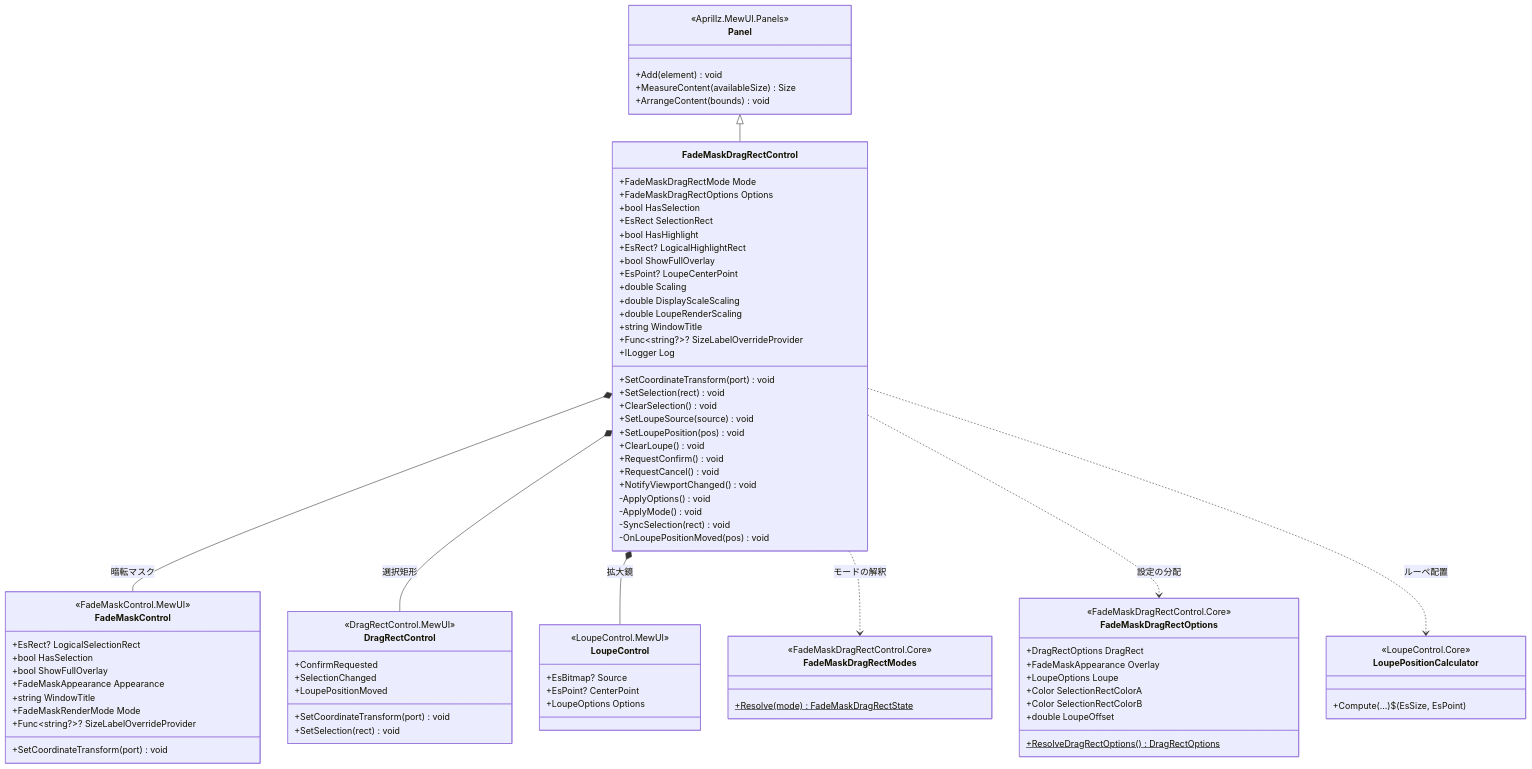
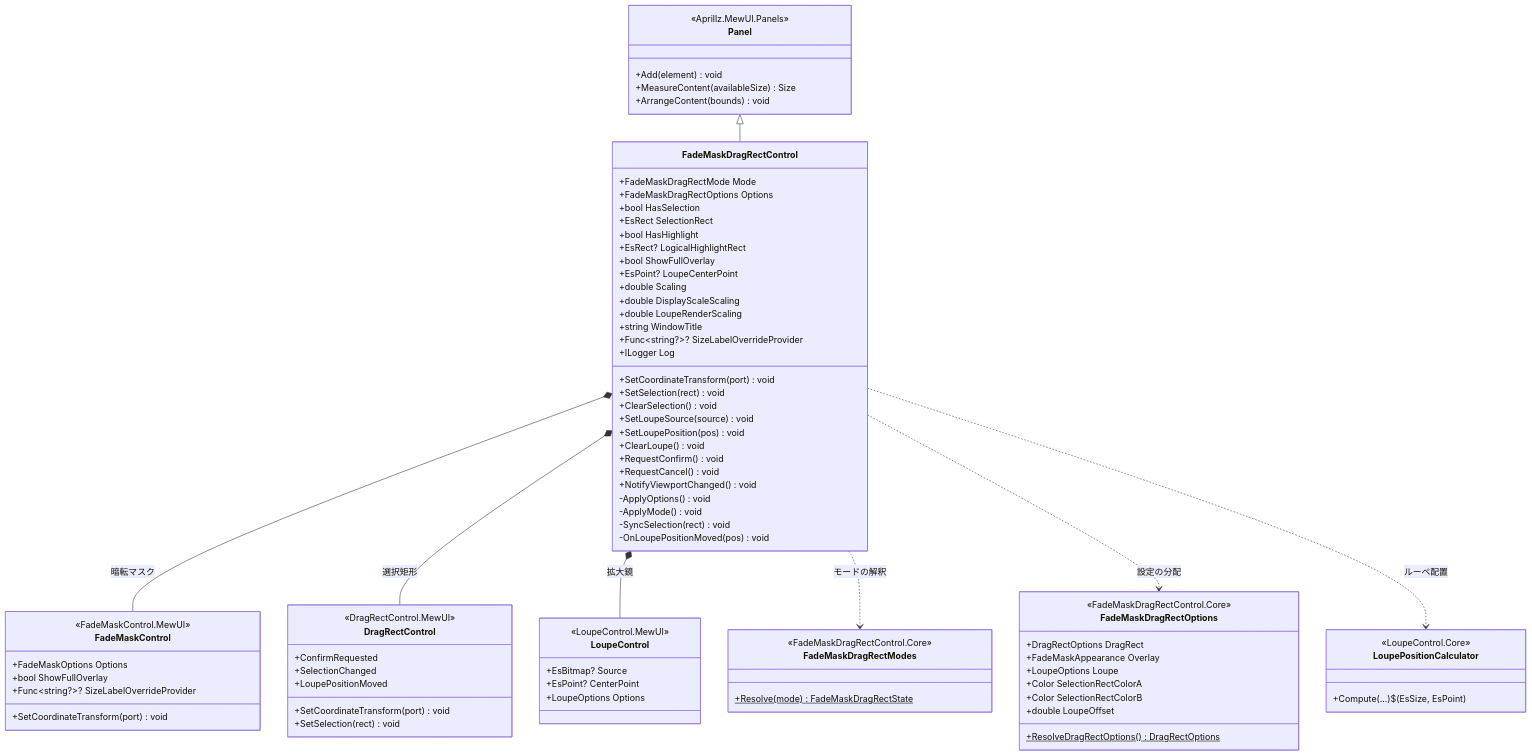
The first of 4 diagrams in src/FadeMaskDragRectControl.MewUI/SPEC_System.md (tomokuni/SaveEvidence), drawn with Mermaid before and after one commit. The commit also changed 32 other files, not shown here.

First line of the commit message:
FadeMaskOptionsで設定と状態を一元化

```diff
--- a/src/FadeMaskDragRectControl.MewUI/SPEC_System.md
+++ b/src/FadeMaskDragRectControl.MewUI/SPEC_System.md
@@ -131,12 +131,8 @@
     }
     class FadeMaskControl {
         <<FadeMaskControl.MewUI>>
-        +EsRect? LogicalSelectionRect
-        +bool HasSelection
+        +FadeMaskOptions Options
         +bool ShowFullOverlay
-        +FadeMaskAppearance Appearance
-        +string WindowTitle
-        +FadeMaskRenderMode Mode
         +Func~string?~? SizeLabelOverrideProvider
         +SetCoordinateTransform(port) void
     }
```
